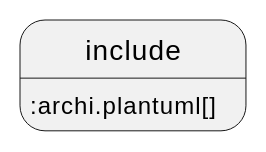
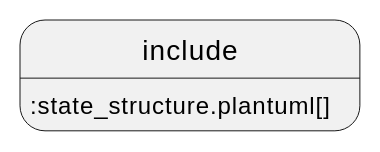
Before and after one commit to IUT-Blagnac/cpoa: the fifth of 6 diagrams in test.adoc, drawn with PlantUML. The commit also changed other lines of this file and 20 other files, not shown here.

```diff
--- a/test.adoc
+++ b/test.adoc
@@ -149,4 +439,4 @@
-[plantuml, diagram-archi, svg, width=80%]  
+[plantuml, State_structure, svg, width=80%]
 ....
-include::archi.plantuml[]
+include::state_structure.plantuml[]
 ....
```
